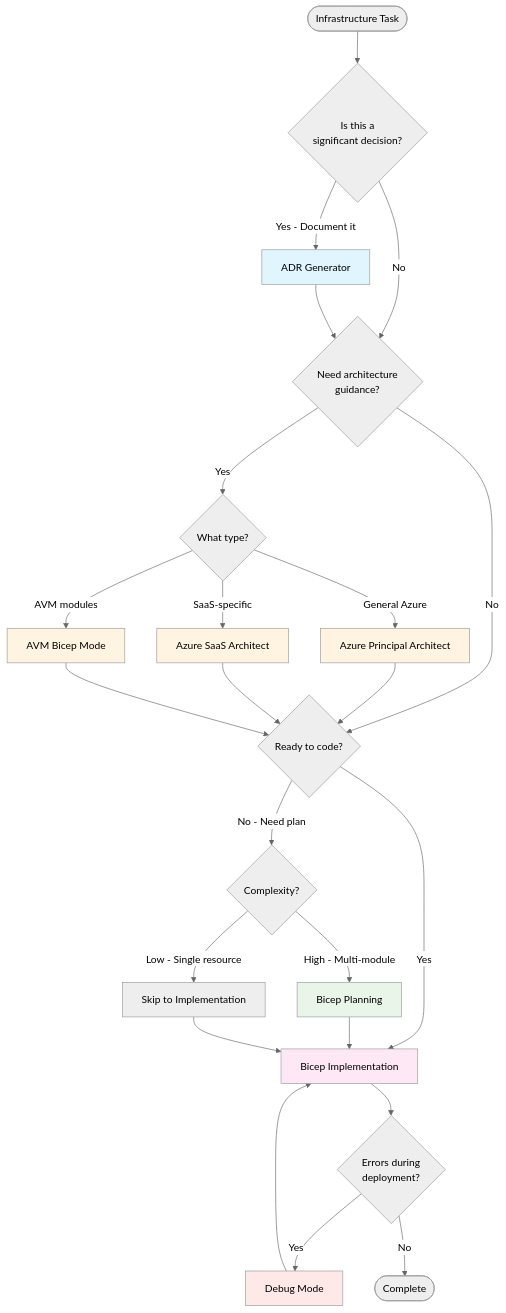
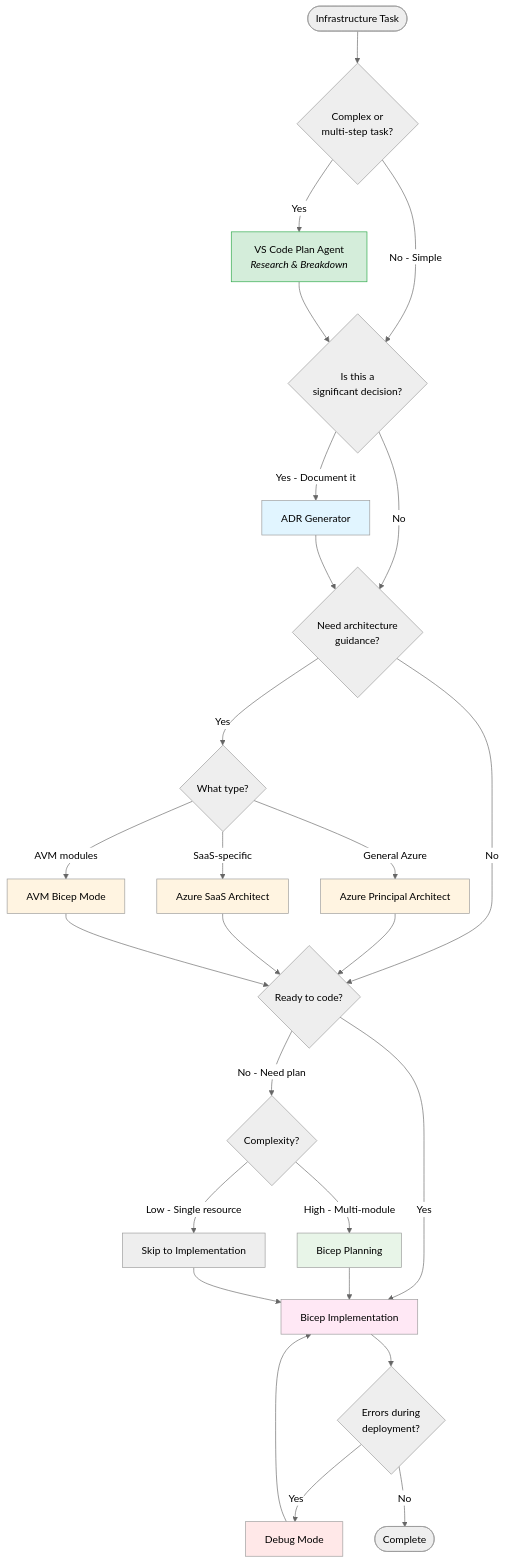
The second of 2 diagrams in resources/copilot-customizations/FIVE-MODE-WORKFLOW.md (jonathan-vella/github-copilot-itpro), drawn with Mermaid before and after one commit. The commit also changed other lines of this file and 5 other files, not shown here.

First line of the commit message:
Refactor Five-Agent Workflow Documentation to Integrate VS Code's Built-in Plan Agent

````diff
--- a/resources/copilot-customizations/FIVE-MODE-WORKFLOW.md
+++ b/resources/copilot-customizations/FIVE-MODE-WORKFLOW.md
@@ -619,43 +766,49 @@
 ```mermaid
 %%{init: {'theme':'neutral'}}%%
 graph TD
-    Start([Infrastructure Task]) --> Q1{Is this a<br/>significant decision?}
+    Start([Infrastructure Task]) --> Q0{Complex or<br/>multi-step task?}
+
+    Q0 -->|Yes| Mode0[VS Code Plan Agent<br/><i>Research & Breakdown</i>]
+    Q0 -->|No - Simple| Q1
+
+    Mode0 --> Q1{Is this a<br/>significant decision?}
 
     Q1 -->|Yes - Document it| Mode1[ADR Generator]
     Q1 -->|No| Q2{Need architecture<br/>guidance?}
 
     Mode1 --> Q2
 
     Q2 -->|Yes| Q3{What type?}
     Q3 -->|General Azure| Mode2A[Azure Principal Architect]
     Q3 -->|SaaS-specific| Mode2B[Azure SaaS Architect]
     Q3 -->|AVM modules| Mode2C[AVM Bicep Mode]
 
     Q2 -->|No| Q4{Ready to code?}
 
     Mode2A --> Q4
     Mode2B --> Q4
     Mode2C --> Q4
 
     Q4 -->|No - Need plan| Q5{Complexity?}
     Q5 -->|High - Multi-module| Mode3A[Bicep Planning]
     Q5 -->|Low - Single resource| Mode3B[Skip to Implementation]
 
     Q4 -->|Yes| Mode4[Bicep Implementation]
     Mode3A --> Mode4
     Mode3B --> Mode4
 
     Mode4 --> Q6{Errors during<br/>deployment?}
     Q6 -->|Yes| Mode5[Debug Mode]
     Q6 -->|No| End([Complete])
 
     Mode5 --> Mode4
 
+    style Mode0 fill:#d4edda,stroke:#28a745
     style Mode1 fill:#e1f5ff
     style Mode2A fill:#fff4e1
     style Mode2B fill:#fff4e1
     style Mode2C fill:#fff4e1
     style Mode3A fill:#e8f5e8
     style Mode4 fill:#ffe8f5
     style Mode5 fill:#ffe8e8
 ```
````
